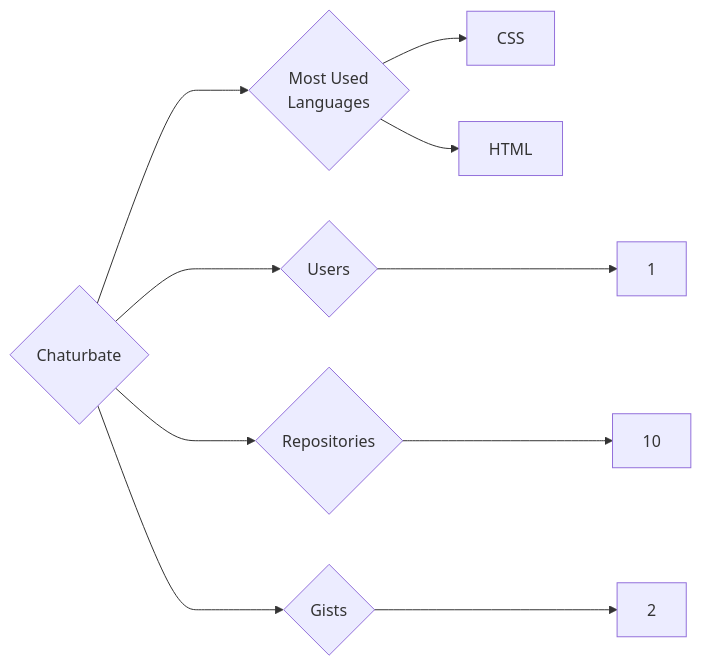
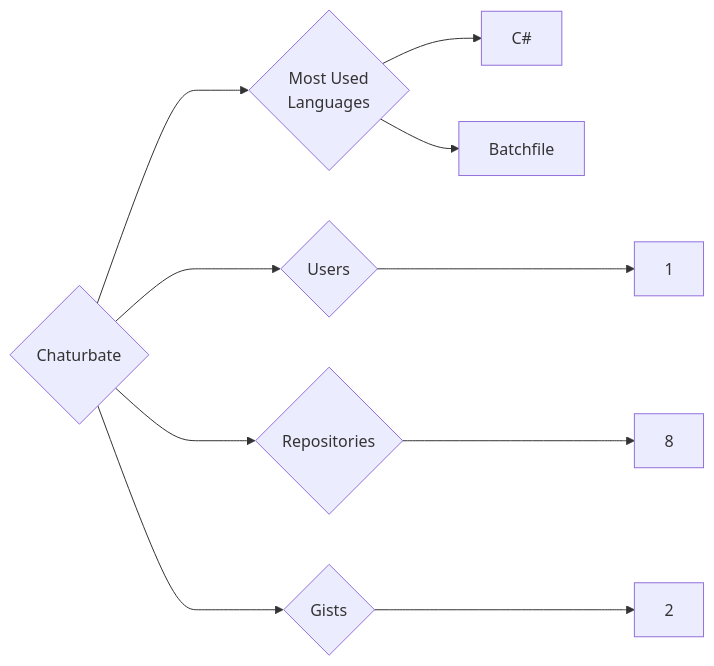
The diagram in targets/Chaturbate/README.md (trickest/insiders), drawn with Mermaid before and after one commit. The commit also changed 1195 other files, not shown here.

````diff
--- a/targets/Chaturbate/README.md
+++ b/targets/Chaturbate/README.md
@@ -3,10 +3,10 @@
 ```mermaid
 graph LR
 COMPANY_NAME{Chaturbate}
 COMPANY_NAME ---> U{Users} ---> UN[1]
-COMPANY_NAME ---> R{Repositories} ---> RN[10]
+COMPANY_NAME ---> R{Repositories} ---> RN[8]
 COMPANY_NAME ---> G{Gists} ---> GN[2]
 COMPANY_NAME ---> ML{Most Used<br>Languages}
-ML --> CSS[CSS]
-ML --> HTML[HTML]
+ML --> C#[C#]
+ML --> Batchfile[Batchfile]
 ```
````
